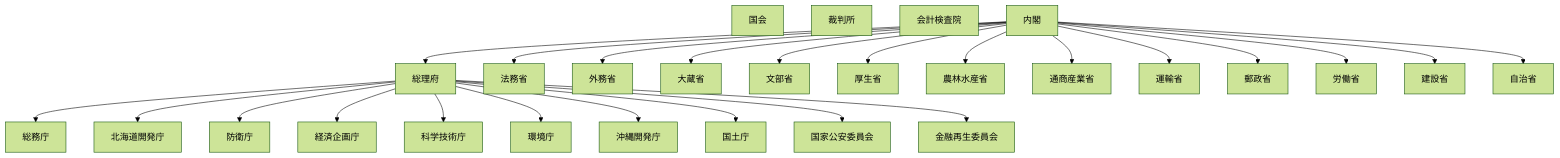
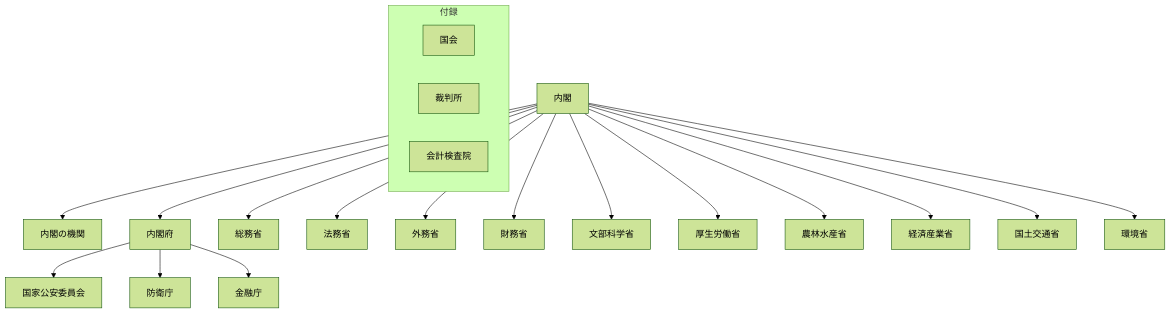
One commit to tatemaru/jp-admin-org-chart changed the diagram in README.md. Above: the diagram before and after it, drawn with Mermaid (forest theme). The commit also changed other lines of this file and 15 other files, not shown here.

````diff
--- a/README.md
+++ b/README.md
@@ -9,30 +9,24 @@
 ```mermaid
 flowchart TB
-  Diet["国会"]
-  Court["裁判所"]
-  Audit["会計検査院"]
+  subgraph appendix["付録"]
+    Diet["国会"]
+    Court["裁判所"]
+    Audit["会計検査院"]
+  end
   Cab["内閣"]
-  Cab --> Sorifu["総理府"]
-  Sorifu --> SomuCho["総務庁"]
-  Sorifu --> Hokkaido["北海道開発庁"]
-  Sorifu --> Boei["防衛庁"]
-  Sorifu --> Keizai["経済企画庁"]
-  Sorifu --> Kagaku["科学技術庁"]
-  Sorifu --> Kankyo["環境庁"]
-  Sorifu --> Okinawa["沖縄開発庁"]
-  Sorifu --> Kokudo["国土庁"]
-  Sorifu --> NPA["国家公安委員会"]
-  Sorifu --> Kinyu["金融再生委員会"]
+  Cab --> NKikan["内閣の機関"]
+  Cab --> CAO["内閣府"]
+  Cab --> Somu["総務省"]
   Cab --> Homu["法務省"]
   Cab --> Gaimu["外務省"]
-  Cab --> Okura["大蔵省"]
-  Cab --> Mombu["文部省"]
-  Cab --> Kosei["厚生省"]
-  Cab --> Norin["農林水産省"]
-  Cab --> Tsusan["通商産業省"]
-  Cab --> Unyu["運輸省"]
-  Cab --> Yusei["郵政省"]
-  Cab --> Rodo["労働省"]
-  Cab --> Kensetsu["建設省"]
-  Cab --> Jichi["自治省"]
+  Cab --> Zaimu["財務省"]
+  Cab --> Mext["文部科学省"]
+  Cab --> Mhlw["厚生労働省"]
+  Cab --> Maff["農林水産省"]
+  Cab --> Meti["経済産業省"]
+  Cab --> Mlit["国土交通省"]
+  Cab --> Env["環境省"]
+  CAO --> NPA["国家公安委員会"]
+  CAO --> Boei["防衛庁"]
+  CAO --> FSA["金融庁"]
 ```
````
